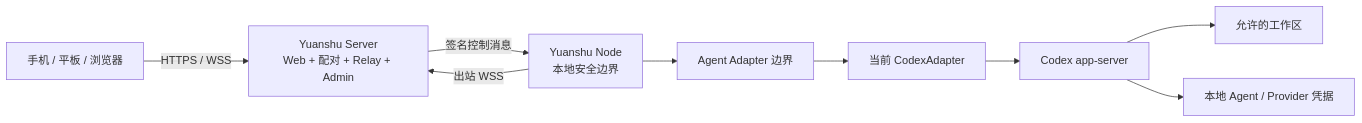
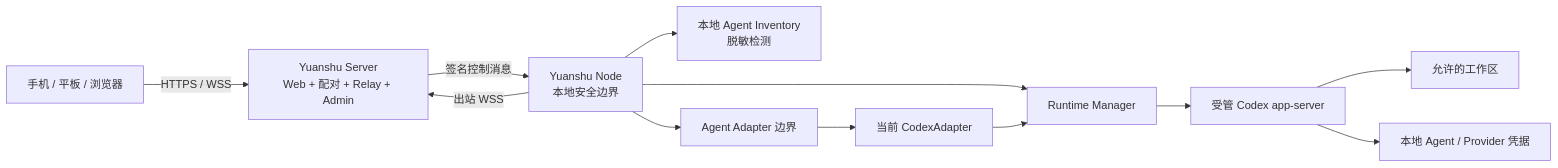
The diagram in README.zh-CN.md (yuanshu-ai/yuanshu), drawn with Mermaid before and after one commit. The commit also changed other lines of this file and 4 other files, not shown here.

````diff
--- a/README.zh-CN.md
+++ b/README.zh-CN.md
@@ -127,11 +129,14 @@
 ```mermaid
 flowchart LR
     Client["手机 / 平板 / 浏览器"] -->|"HTTPS / WSS"| Server["Yuanshu Server<br/>Web + 配对 + Relay + Admin"]
     Node["Yuanshu Node<br/>本地安全边界"] -->|"出站 WSS"| Server
     Server -->|"签名控制消息"| Node
+    Node --> Inventory["本地 Agent Inventory<br/>脱敏检测"]
     Node --> Registry["Agent Adapter 边界"]
     Registry --> Adapter["当前 CodexAdapter"]
-    Adapter --> Runtime["Codex app-server"]
+    Node --> Manager["Runtime Manager"]
+    Adapter --> Manager
+    Manager --> Runtime["受管 Codex app-server"]
     Runtime --> Workspace["允许的工作区"]
     Runtime --> Credentials["本地 Agent / Provider 凭据"]
 ```
````
